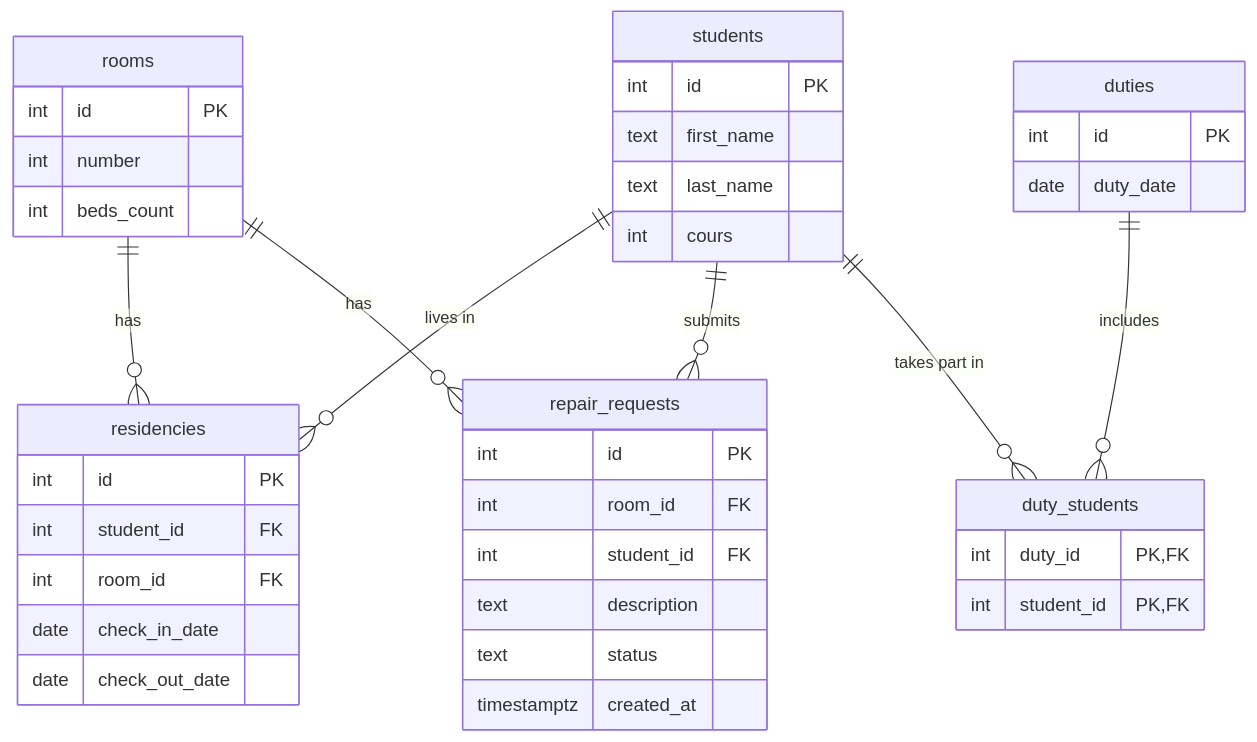
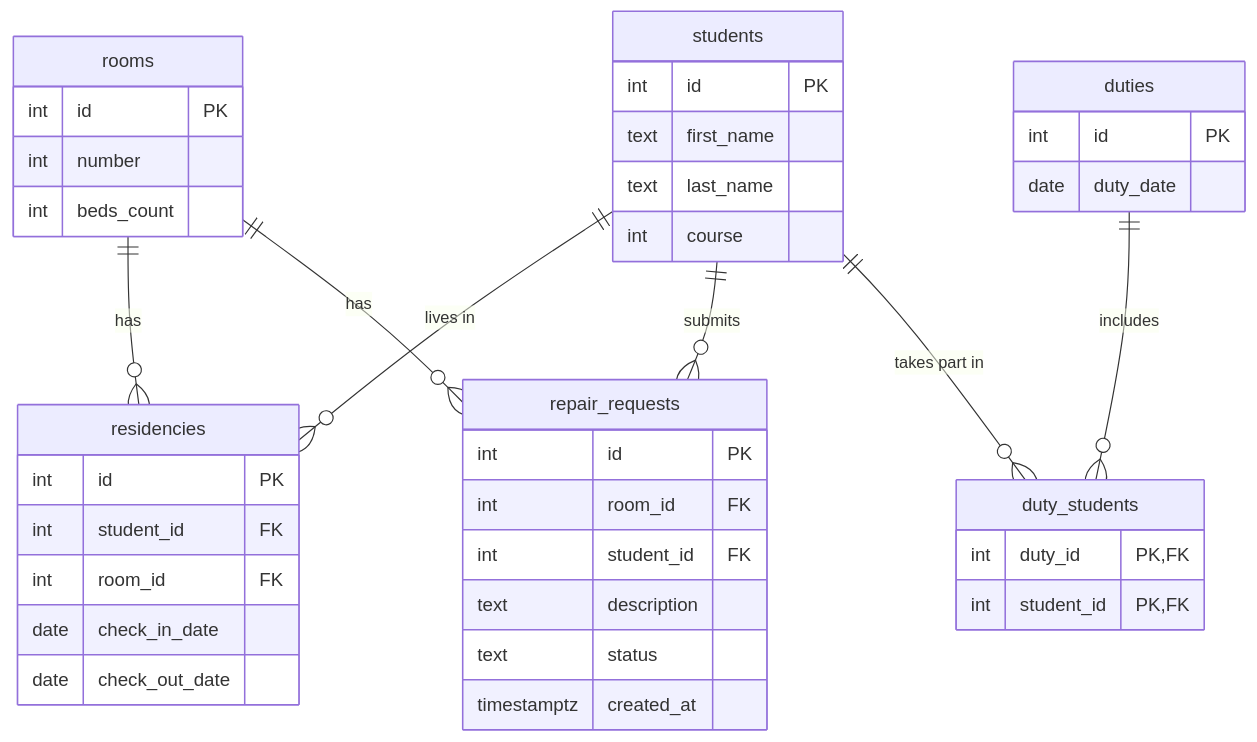
Before and after one commit to quartzApril/db-starodub-dormitory: the diagram in README.md, drawn with Mermaid.

Commit message:
Fix typo in 'cours' to 'course' in README

````diff
--- a/README.md
+++ b/README.md
@@ -45,44 +45,44 @@
 ```mermaid
 erDiagram
     rooms {
         int id PK
         int number
         int beds_count
     }
     students {
         int id PK
         text first_name
         text last_name
-        int cours
+        int course
     }
     residencies {
         int id PK
         int student_id FK
         int room_id FK 
         date check_in_date
         date check_out_date
     }
     repair_requests {
         int id PK
         int room_id FK
         int student_id FK
         text description
         text status
         timestamptz created_at
     }
     duties {
         int id PK
         date duty_date
     }
     duty_students {
         int duty_id PK, FK
         int student_id PK, FK
     }
     rooms ||--o{ residencies : "has"
     students ||--o{ residencies : "lives in"
     rooms ||--o{ repair_requests : "has"
     students ||--o{ repair_requests : "submits"
     duties ||--o{ duty_students : "includes"
     students ||--o{ duty_students : "takes part in"
     
 ```
````
